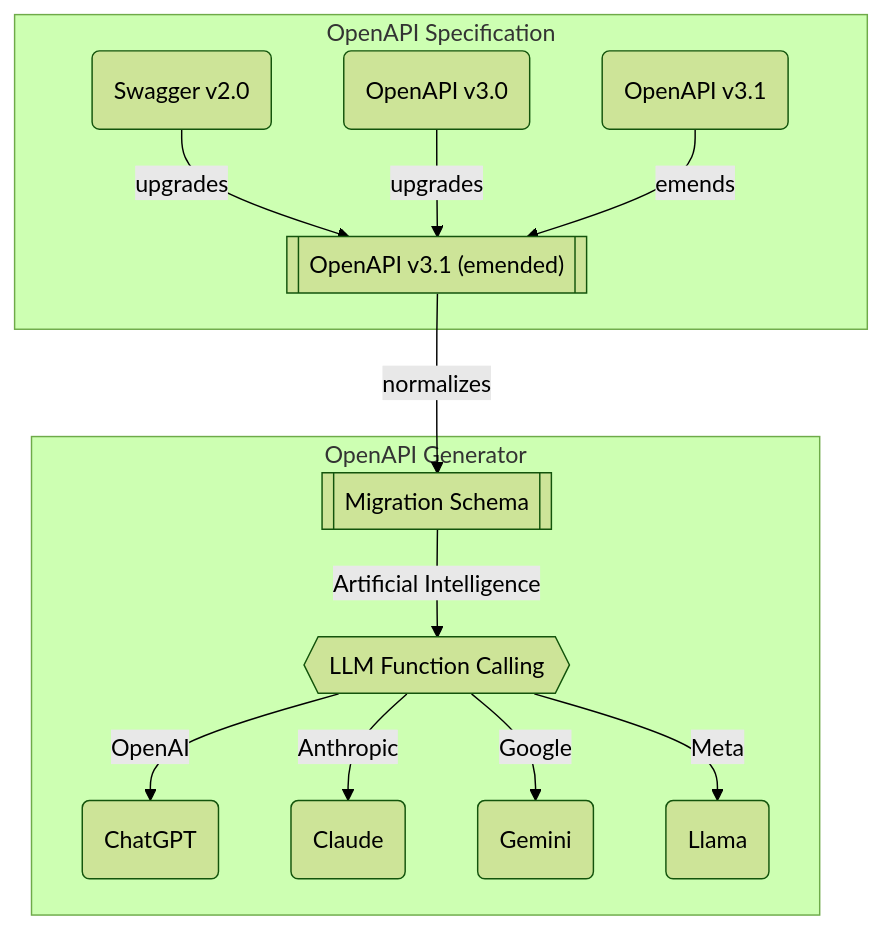
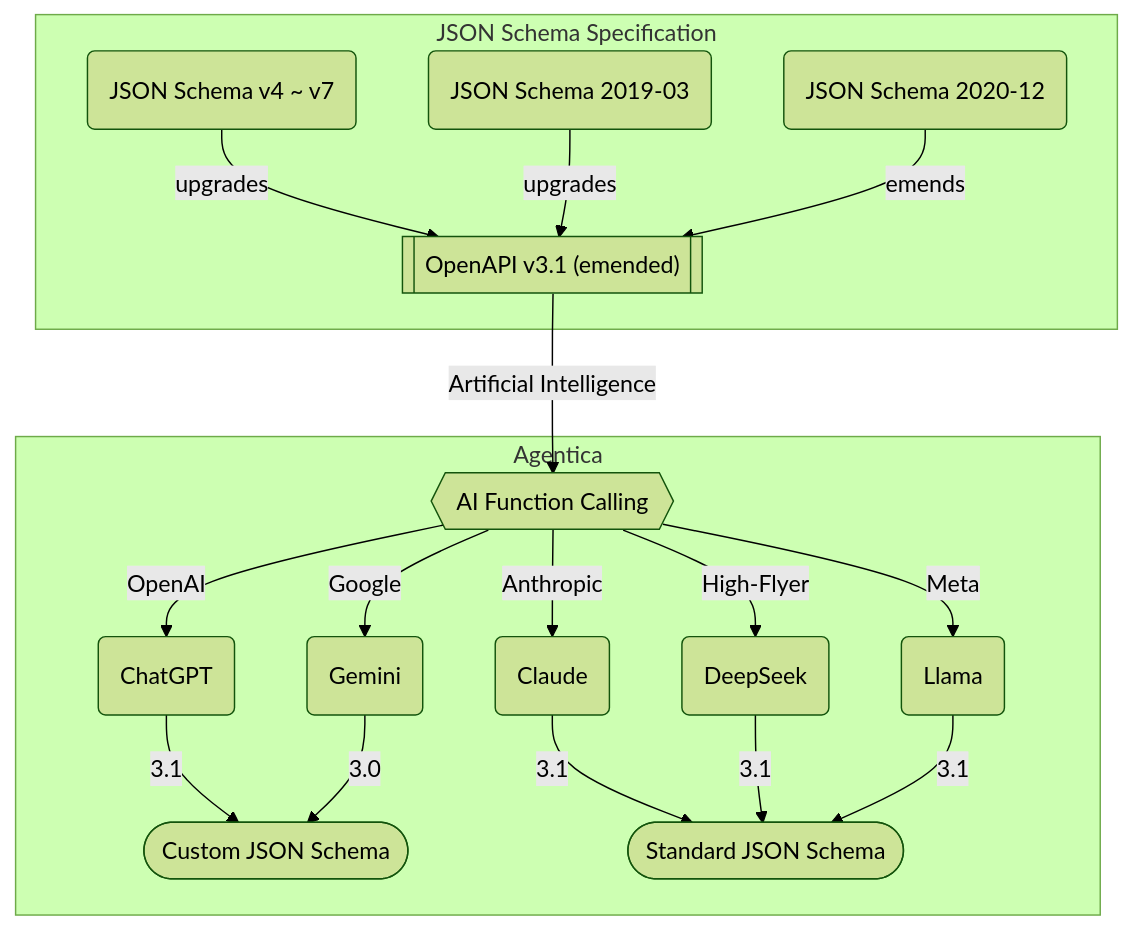
Before and after one commit to wrtnlabs/agentica: the diagram in packages/core/README.md, drawn with Mermaid (forest theme). The commit also changed other lines of this file and 11 other files, not shown here.

````diff
--- a/packages/core/README.md
+++ b/packages/core/README.md
@@ -434,16 +126,21 @@
 ```mermaid
 flowchart
-  subgraph "OpenAPI Specification"
-    v20("Swagger v2.0") --upgrades--> emended[["OpenAPI v3.1 (emended)"]]
-    v30("OpenAPI v3.0") --upgrades--> emended
-    v31("OpenAPI v3.1") --emends--> emended
+  subgraph "JSON Schema Specification"
+    schemav4("JSON Schema v4 ~ v7") --upgrades--> emended[["OpenAPI v3.1 (emended)"]]
+    schema2910("JSON Schema 2019-03") --upgrades--> emended
+    schema2020("JSON Schema 2020-12") --emends--> emended
   end
-  subgraph "OpenAPI Generator"
-    emended --normalizes--> migration[["Migration Schema"]]
-    migration --"Artificial Intelligence"--> lfc{{"LLM Function Calling"}}
-    lfc --"OpenAI"--> chatgpt("ChatGPT")
-    lfc --"Anthropic"--> claude("Claude")
-    lfc --"Google"--> gemini("Gemini")
-    lfc --"Meta"--> llama("Llama")
+  subgraph "Agentica"
+    emended --"Artificial Intelligence"--> fc{{"AI Function Calling"}}
+    fc --"OpenAI"--> chatgpt("ChatGPT")
+    fc --"Google"--> gemini("Gemini")
+    fc --"Anthropic"--> claude("Claude")
+    fc --"High-Flyer"--> deepseek("DeepSeek")
+    fc --"Meta"--> llama("Llama")
+    chatgpt --"3.1"--> custom(["Custom JSON Schema"])
+    gemini --"3.0"--> custom(["Custom JSON Schema"])
+    claude --"3.1"--> standard(["Standard JSON Schema"])
+    deepseek --"3.1"--> standard
+    llama --"3.1"--> standard
   end
 ```
````
